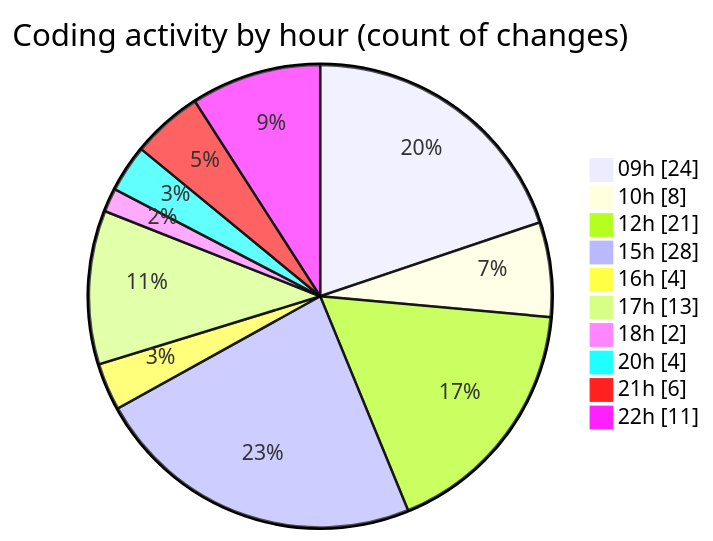
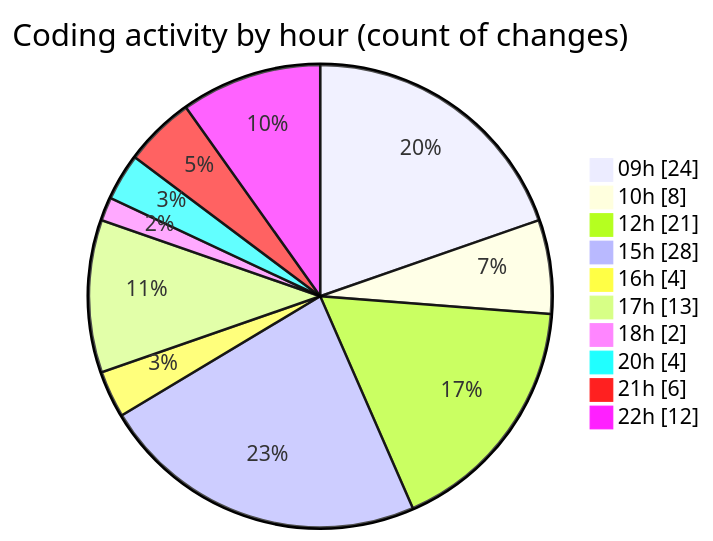
One commit to lephambinh05/code-tracking changed the second of 2 diagrams in 2025-08-18/rentotp/README.md. Above: the diagram before and after it, drawn with Mermaid. The commit also changed other lines of this file and 1 other file, not shown here.

````diff
--- a/2025-08-18/rentotp/README.md
+++ b/2025-08-18/rentotp/README.md
@@ -71,14 +71,14 @@
 ```mermaid
 pie showData
 title Coding activity by hour (count of changes)
 "09h" : 24
 "10h" : 8
 "12h" : 21
 "15h" : 28
 "16h" : 4
 "17h" : 13
 "18h" : 2
 "20h" : 4
 "21h" : 6
-"22h" : 11
+"22h" : 12
 ```
````
